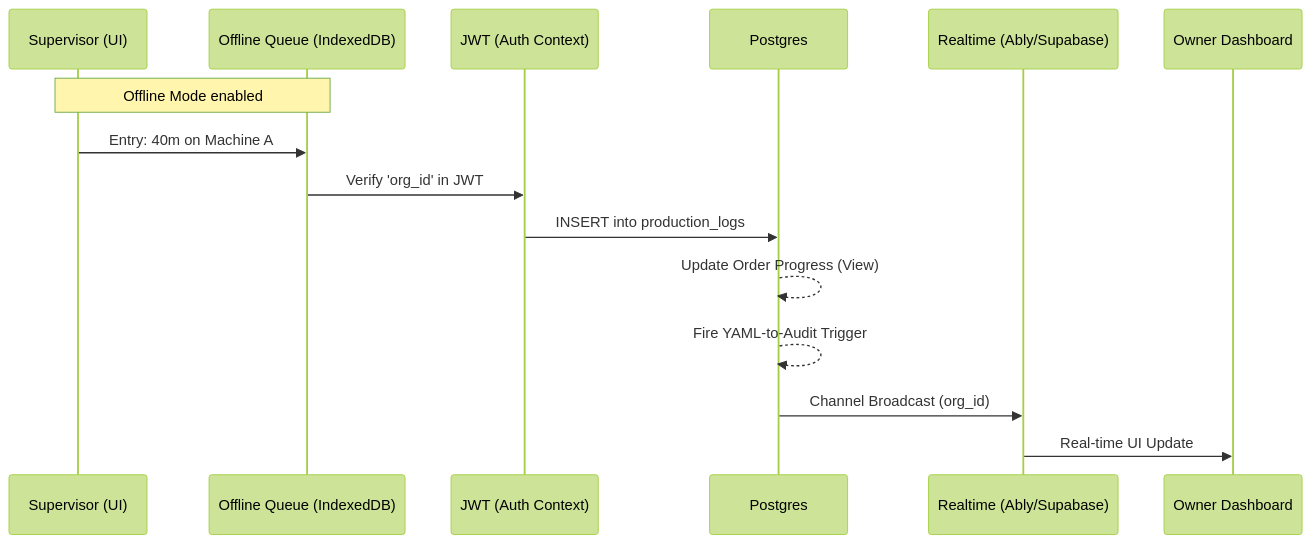
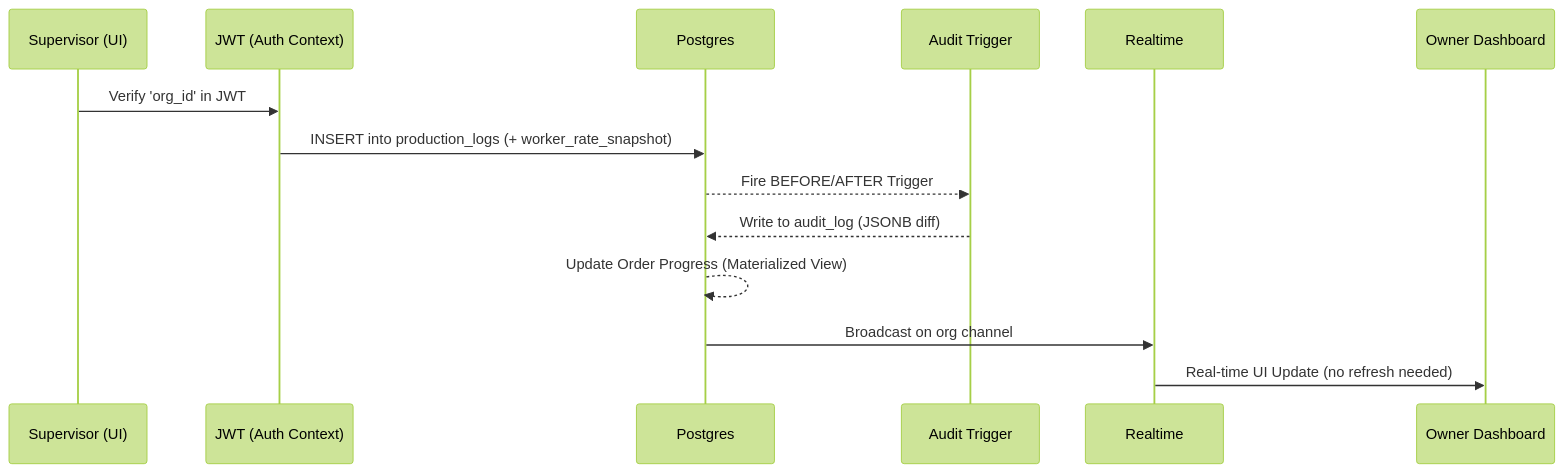
Before and after one commit to Rajp2002/TextileAccounting: the third of 4 diagrams in TECHNICAL_ANALYSIS.md, drawn with Mermaid (forest theme). The commit also changed other lines of this file and 16 other files, not shown here.

````diff
--- a/TECHNICAL_ANALYSIS.md
+++ b/TECHNICAL_ANALYSIS.md
@@ -106,18 +161,17 @@
 ```mermaid
 sequenceDiagram
     participant S as Supervisor (UI)
-    participant O as Offline Queue (IndexedDB)
     participant J as JWT (Auth Context)
     participant DB as Postgres
-    participant R as Realtime (Ably/Supabase)
+    participant Audit as Audit Trigger
+    participant R as Realtime
     participant D as Owner Dashboard
 
-    Note over S,O: Offline Mode enabled
-    S->>O: Entry: 40m on Machine A
-    O->>J: Verify 'org_id' in JWT
-    J->>DB: INSERT into production_logs
-    DB-->>DB: Update Order Progress (View)
-    DB-->>DB: Fire YAML-to-Audit Trigger
-    DB->>R: Channel Broadcast (org_id)
-    R->>D: Real-time UI Update
+    S->>J: Verify 'org_id' in JWT
+    J->>DB: INSERT into production_logs (+ worker_rate_snapshot)
+    DB-->>Audit: Fire BEFORE/AFTER Trigger
+    Audit-->>DB: Write to audit_log (JSONB diff)
+    DB-->>DB: Update Order Progress (Materialized View)
+    DB->>R: Broadcast on org channel
+    R->>D: Real-time UI Update (no refresh needed)
 ```
````
